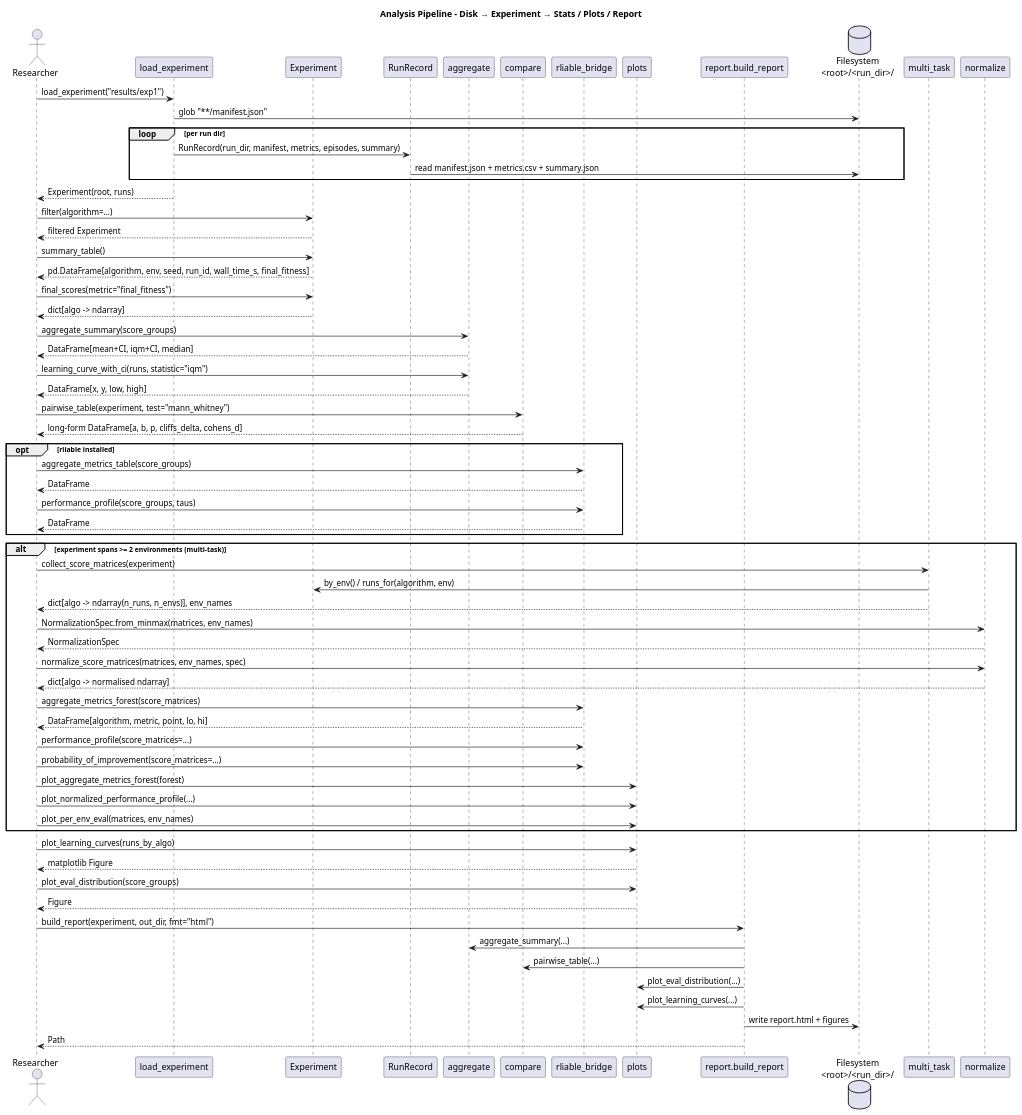
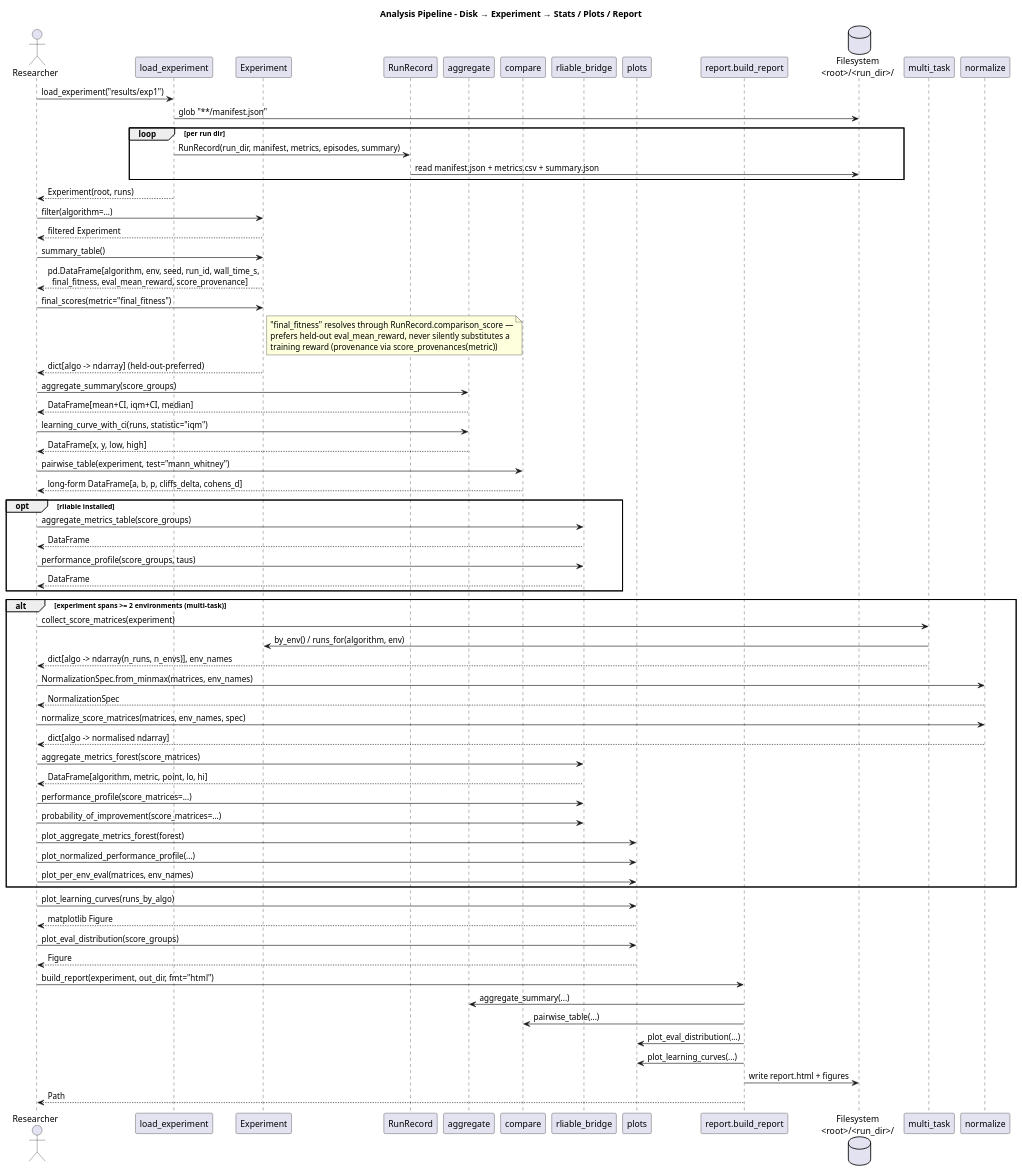
Before and after one commit to Alex180504/DEAP-Zoo-bridge: the diagram in docs/UML/sequence_analysis_pipeline.puml, drawn with PlantUML. The commit also changed 4 other files, not shown here.

Commit message:
Update UML

```diff
--- a/docs/UML/sequence_analysis_pipeline.puml
+++ b/docs/UML/sequence_analysis_pipeline.puml
@@ -1,80 +1,81 @@
 @startuml sequence_analysis_pipeline
 title Analysis Pipeline – Disk → Experiment → Stats / Plots / Report
 
 actor "Researcher" as R
 participant "load_experiment" as LE
 participant "Experiment" as EX
 participant "RunRecord" as RR
 participant "aggregate" as AG
 participant "compare" as CMP
 participant "rliable_bridge" as RLB
 participant "plots" as PL
 participant "report.build_report" as RPT
 database  "Filesystem\n<root>/<run_dir>/" as FS
 
 R -> LE: load_experiment("results/exp1")
 LE -> FS: glob "**/manifest.json"
 loop per run dir
     LE -> RR: RunRecord(run_dir, manifest, metrics, episodes, summary)
     RR -> FS: read manifest.json + metrics.csv + summary.json
 end
 LE --> R: Experiment(root, runs)
 
 R -> EX: filter(algorithm=...)
 EX --> R: filtered Experiment
 
 R -> EX: summary_table()
-EX --> R: pd.DataFrame[algorithm, env, seed, run_id, wall_time_s, final_fitness]
+EX --> R: pd.DataFrame[algorithm, env, seed, run_id, wall_time_s,\n  final_fitness, eval_mean_reward, score_provenance]
 
 R -> EX: final_scores(metric="final_fitness")
-EX --> R: dict[algo -> ndarray]
+note right of EX: "final_fitness" resolves through RunRecord.comparison_score —\nprefers held-out eval_mean_reward, never silently substitutes a\ntraining reward (provenance via score_provenances(metric))
+EX --> R: dict[algo -> ndarray]  (held-out-preferred)
 
 R -> AG: aggregate_summary(score_groups)
 AG --> R: DataFrame[mean+CI, iqm+CI, median]
 
 R -> AG: learning_curve_with_ci(runs, statistic="iqm")
 AG --> R: DataFrame[x, y, low, high]
 
 R -> CMP: pairwise_table(experiment, test="mann_whitney")
 CMP --> R: long-form DataFrame[a, b, p, cliffs_delta, cohens_d]
 
 opt rliable installed
     R -> RLB: aggregate_metrics_table(score_groups)
     RLB --> R: DataFrame
     R -> RLB: performance_profile(score_groups, taus)
     RLB --> R: DataFrame
 end
 
 alt experiment spans >= 2 environments (multi-task)
     participant "multi_task" as MT
     participant "normalize" as NR
     R -> MT: collect_score_matrices(experiment)
     MT -> EX: by_env() / runs_for(algorithm, env)
     MT --> R: dict[algo -> ndarray(n_runs, n_envs)], env_names
     R -> NR: NormalizationSpec.from_minmax(matrices, env_names)
     NR --> R: NormalizationSpec
     R -> NR: normalize_score_matrices(matrices, env_names, spec)
     NR --> R: dict[algo -> normalised ndarray]
     R -> RLB: aggregate_metrics_forest(score_matrices)
     RLB --> R: DataFrame[algorithm, metric, point, lo, hi]
     R -> RLB: performance_profile(score_matrices=...)
     R -> RLB: probability_of_improvement(score_matrices=...)
     R -> PL: plot_aggregate_metrics_forest(forest)
     R -> PL: plot_normalized_performance_profile(...)
     R -> PL: plot_per_env_eval(matrices, env_names)
 end
 
 R -> PL: plot_learning_curves(runs_by_algo)
 PL --> R: matplotlib Figure
 R -> PL: plot_eval_distribution(score_groups)
 PL --> R: Figure
 
 R -> RPT: build_report(experiment, out_dir, fmt="html")
 RPT -> AG: aggregate_summary(...)
 RPT -> CMP: pairwise_table(...)
 RPT -> PL: plot_eval_distribution(...)
 RPT -> PL: plot_learning_curves(...)
 RPT -> FS: write report.html + figures
 RPT --> R: Path
 
 @enduml
```
